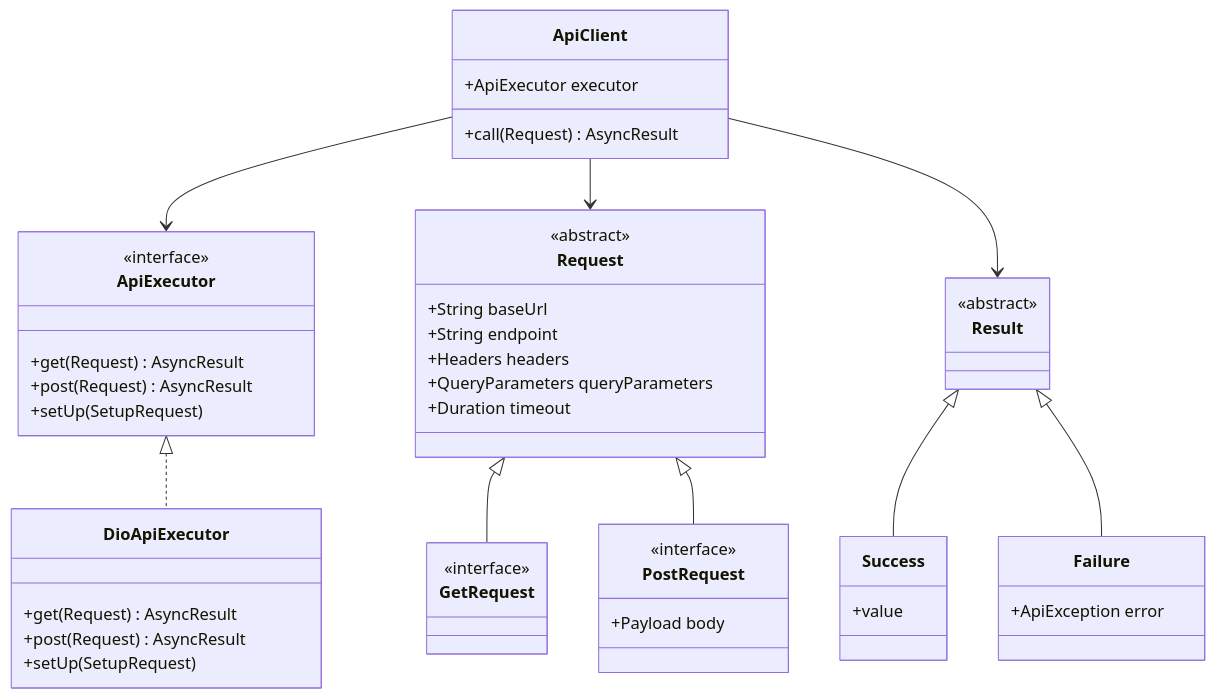
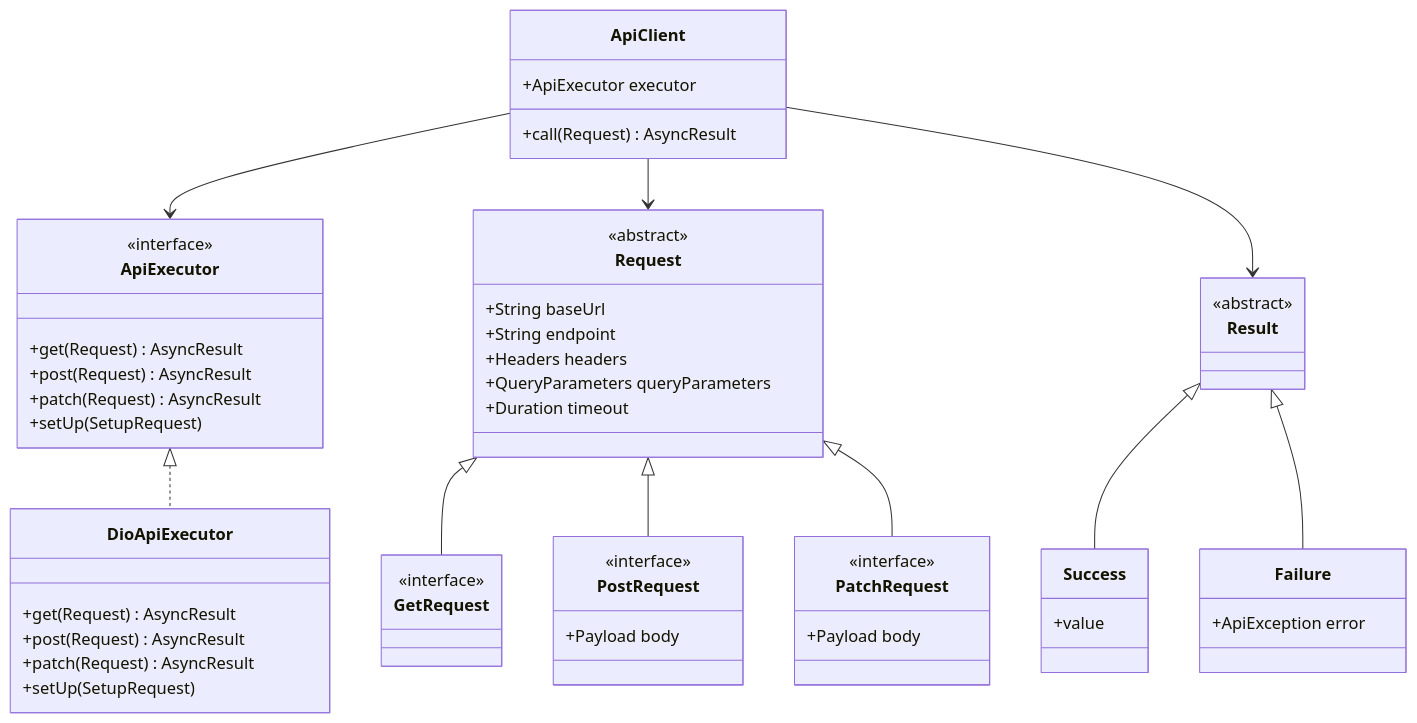
Before and after one commit to Yogi-7y/Project-Y: the diagram in packages/network/README.md, drawn with Mermaid. The commit also changed other lines of this file and 7 other files, not shown here.

Commit message:
feat(network): add support for patch request

````diff
--- a/packages/network/README.md
+++ b/packages/network/README.md
@@ -37,52 +37,58 @@
 ```mermaid
 classDiagram
     class ApiClient {
         +ApiExecutor executor
         +call(Request) AsyncResult
     }
     class ApiExecutor {
         <<interface>>
         +get(Request) AsyncResult
         +post(Request) AsyncResult
+        +patch(Request) AsyncResult
         +setUp(SetupRequest)
     }
     class Request {
         <<abstract>>
         +String baseUrl
         +String endpoint
         +Headers headers
         +QueryParameters queryParameters
         +Duration timeout
     }
     class GetRequest {
         <<interface>>
     }
     class PostRequest {
         <<interface>>
         +Payload body
     }
+    class PatchRequest {
+        <<interface>>
+        +Payload body
+    }
     class DioApiExecutor {
         +get(Request) AsyncResult
         +post(Request) AsyncResult
+        +patch(Request) AsyncResult
         +setUp(SetupRequest)
     }
     class Result {
         <<abstract>>
     }
     class Success {
         +value
     }
     class Failure {
         +ApiException error
     }
 
     ApiClient --> ApiExecutor
     ApiExecutor <|.. DioApiExecutor
     ApiClient --> Request
     Request <|-- GetRequest
     Request <|-- PostRequest
+    Request <|-- PatchRequest
     ApiClient --> Result
     Result <|-- Success
     Result <|-- Failure
-
 ```
````
